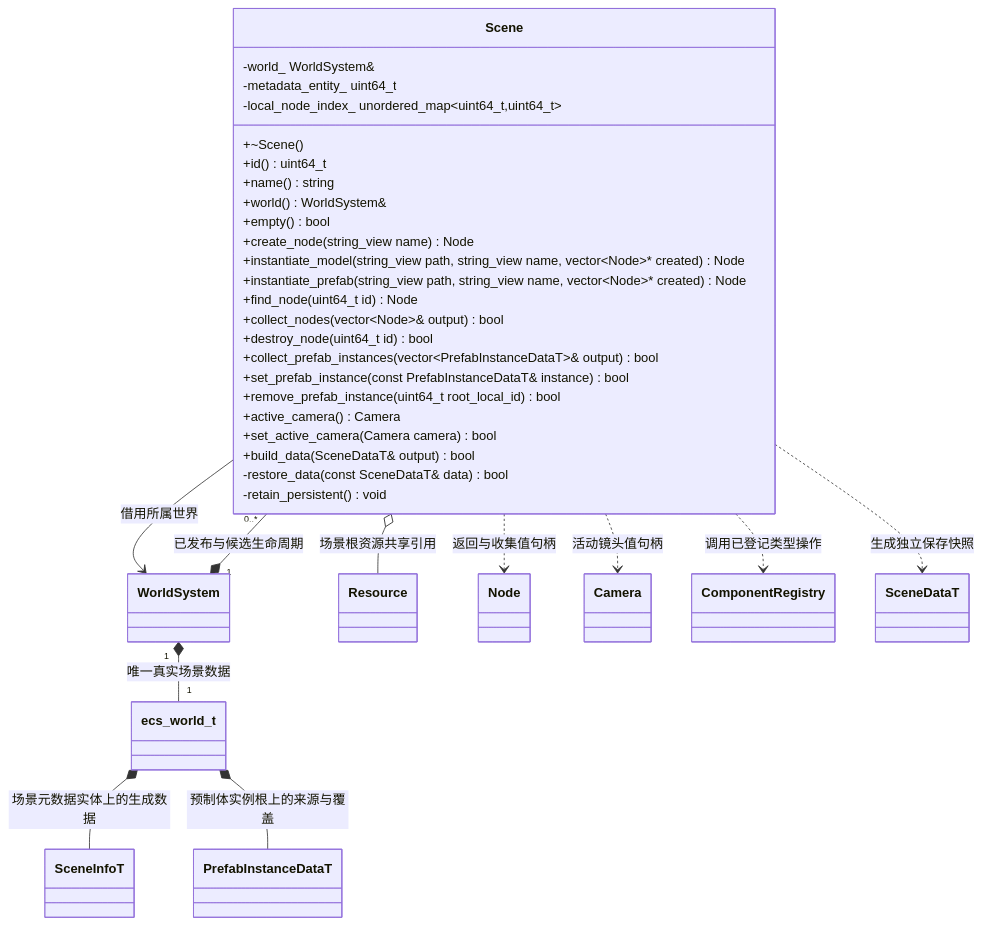
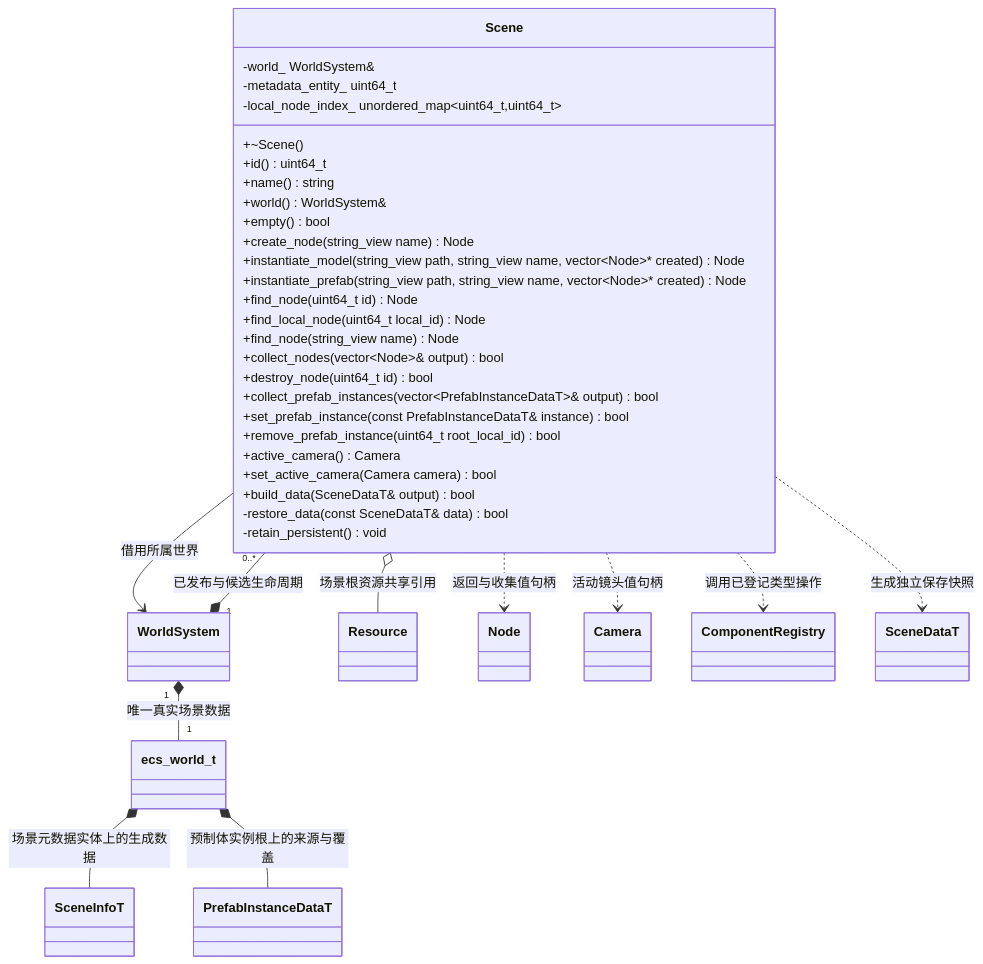
The diagram in docs/runtime/class-diagrams/scene.md (lcals/Engine), drawn with Mermaid before and after one commit. The commit also changed other lines of this file and 46 other files, not shown here.

````diff
--- a/docs/runtime/class-diagrams/scene.md
+++ b/docs/runtime/class-diagrams/scene.md
@@ -7,46 +7,48 @@
 ```mermaid
 classDiagram
     class Scene {
         +~Scene()
         +id() uint64_t
         +name() string
         +world() WorldSystem&
         +empty() bool
         +create_node(string_view name) Node
         +instantiate_model(string_view path, string_view name, vector~Node~#42; created) Node
         +instantiate_prefab(string_view path, string_view name, vector~Node~#42; created) Node
         +find_node(uint64_t id) Node
+        +find_local_node(uint64_t local_id) Node
+        +find_node(string_view name) Node
         +collect_nodes(vector~Node~& output) bool
         +destroy_node(uint64_t id) bool
         +collect_prefab_instances(vector~PrefabInstanceDataT~& output) bool
         +set_prefab_instance(const PrefabInstanceDataT& instance) bool
         +remove_prefab_instance(uint64_t root_local_id) bool
         +active_camera() Camera
         +set_active_camera(Camera camera) bool
         +build_data(SceneDataT& output) bool
         -restore_data(const SceneDataT& data) bool
         -retain_persistent() void
         -world_ WorldSystem&
         -metadata_entity_ uint64_t
         -local_node_index_ unordered_map~uint64_t,uint64_t~
     }
     class WorldSystem
     class ecs_world_t
     class Resource
     class Node
     class Camera
     class ComponentRegistry
     class SceneDataT
     class SceneInfoT
     class PrefabInstanceDataT
     WorldSystem "1" *-- "0..*" Scene : 已发布与候选生命周期
     WorldSystem "1" *-- "1" ecs_world_t : 唯一真实场景数据
     Scene --> WorldSystem : 借用所属世界
     Scene o-- Resource : 场景根资源共享引用
     Scene ..> Node : 返回与收集值句柄
     Scene ..> Camera : 活动镜头值句柄
     Scene ..> SceneDataT : 生成独立保存快照
     Scene ..> ComponentRegistry : 调用已登记类型操作
     ecs_world_t *-- SceneInfoT : 场景元数据实体上的生成数据
     ecs_world_t *-- PrefabInstanceDataT : 预制体实例根上的来源与覆盖
 ```
````
